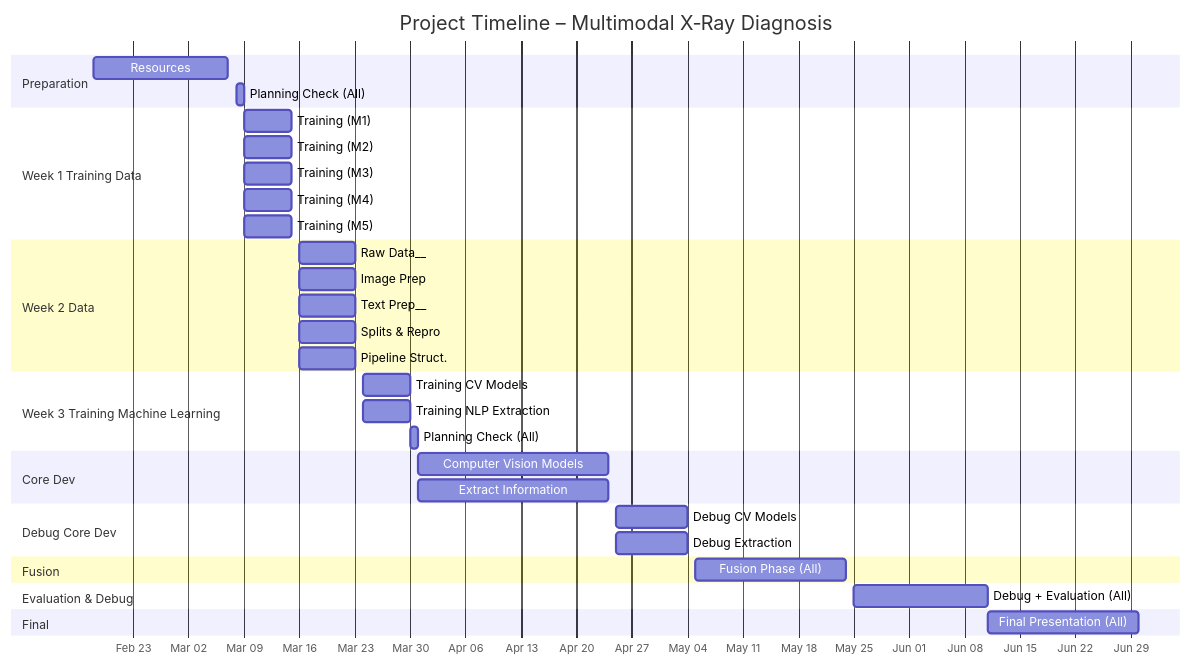
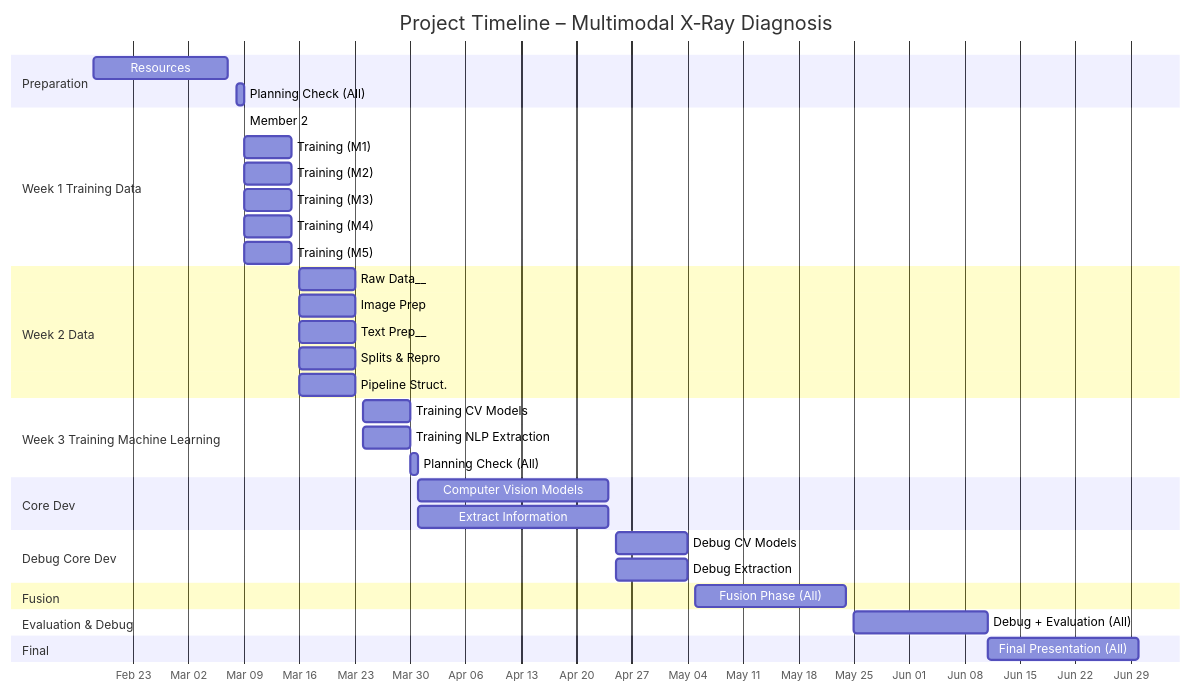
One commit to chaotiquetaurus/Open-i_chestxray_multimodal changed the diagram in planning.md. Above: the diagram before and after it, drawn with Mermaid. The commit also changed other lines of this file, not shown here.

Commit message:
ajout de nom de member 2: aziz chebil

````diff
--- a/planning.md
+++ b/planning.md
@@ -1,47 +1,50 @@
 ```mermaid
 
 gantt
     title Project Timeline – Multimodal X‑Ray Diagnosis
     dateFormat  YYYY-MM-DD
     axisFormat  %b %d
 
     section Preparation
     Resources                 :a1, 2025-02-18, 2025-03-07
     Planning Check (All)      :a2, 2025-03-08, 1d
 
     section Week 1 Training Data
+    
+    Member 2: Mohamed Aziz Chebil
+
     Training (M1)             :m1a, 2025-03-09, 2025-03-15
     Training (M2)             :m2a, 2025-03-09, 2025-03-15
     Training (M3)             :m3a, 2025-03-09, 2025-03-15
     Training (M4)             :m4a, 2025-03-09, 2025-03-15
     Training (M5)             :m5a, 2025-03-09, 2025-03-15
 
     section Week 2 Data
     Raw Data__                  :m1b_clean, 2025-03-16, 2025-03-23
     Image Prep                :m2b_clean, 2025-03-16, 2025-03-23
     Text Prep__                 :m3b_clean, 2025-03-16, 2025-03-23
     Splits & Repro            :m4b_clean, 2025-03-16, 2025-03-23
     Pipeline Struct.          :m5b_clean, 2025-03-16, 2025-03-23
 
     section Week 3 Training Machine Learning
     Training CV Models        :m1c_train, 2025-03-24, 2025-03-30
     Training NLP Extraction   :m2c_train, 2025-03-24, 2025-03-30
     Planning Check (All)      :a3, 2025-03-30, 1d
 
     section Core Dev
     Computer Vision Models    :m1c_dev, 2025-03-31, 2025-04-24
     Extract Information       :m2c_dev, 2025-03-31, 2025-04-24
 
     section Debug Core Dev
     Debug CV Models           :m1c_debug, 2025-04-25, 2025-05-04
     Debug Extraction          :m2c_debug, 2025-04-25, 2025-05-04
 
     section Fusion
     Fusion Phase (All)        :fusion, 2025-05-05, 2025-05-24
 
     section Evaluation & Debug
     Debug + Evaluation (All)  :eval, 2025-05-25, 2025-06-11
 
     section Final
     Final Presentation (All)  :present, 2025-06-11, 2025-06-30
 ```
````
